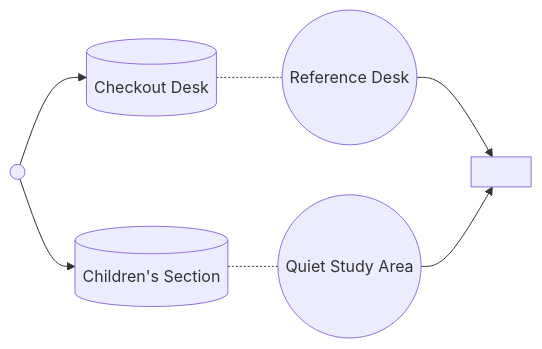
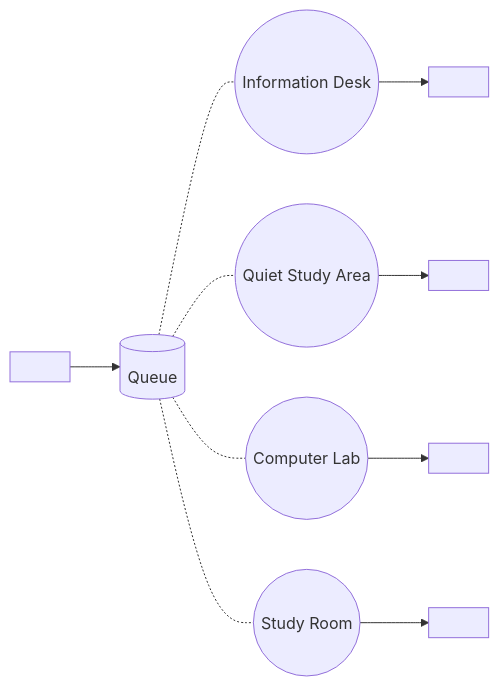
One commit to MKRadius/JavaOOP changed the second of 2 diagrams in Week_4/OrientationTask/WritingTask.md. Above: the diagram before and after it, drawn with Mermaid. The commit also changed other lines of this file, not shown here.

````diff
--- a/Week_4/OrientationTask/WritingTask.md
+++ b/Week_4/OrientationTask/WritingTask.md
@@ -68,11 +74,16 @@
 ```mermaid
 flowchart LR
-    nowhere1[ ] --> buffer1[(Checkout Desk)]
+    nowhere1[ ] --> buffer1[(Queue)]
 
-    buffer1 -.- servicepoint((Reference Desk))
+    buffer1 -.- servicepoint((Information Desk))
     servicepoint --> nowhere2[ ]
 
-    nowhere1(( )) --> buffer2[(Children's Section)]
-    buffer2 -.- servicepoint2((Quiet Study Area))
-    servicepoint2 --> nowhere2
+    buffer1 -.- servicepoint2((Quiet Study Area))
+    servicepoint2 --> nowhere3[ ]
+
+    buffer1 -.- servicepoint3((Computer Lab))
+    servicepoint3 --> nowhere4[ ]
+
+    buffer1 -.- servicepoint4((Study Room))
+    servicepoint4 --> nowhere5[ ]
 ```
````
